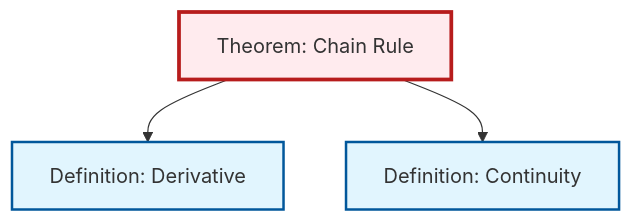
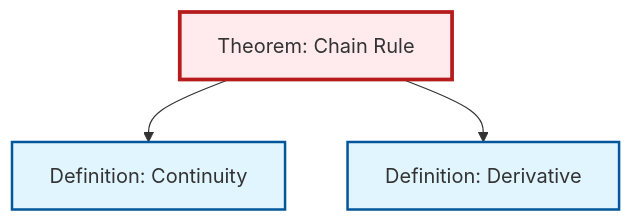
One commit to RK0429/ModernMath changed the second of 2 diagrams in content/en/analysis/thm-chain-rule.qmd. Above: the diagram before and after it, drawn with Mermaid. The commit also changed other lines of this file and 554 other files, not shown here.

````diff
--- a/content/en/analysis/thm-chain-rule.qmd
+++ b/content/en/analysis/thm-chain-rule.qmd
@@ -89,17 +89,17 @@
 ```{mermaid}
 %%| fig-cap: "Local dependency graph"
 graph TD
     classDef definition fill:#e1f5fe,stroke:#01579b,stroke-width:2px
     classDef theorem fill:#f3e5f5,stroke:#4a148c,stroke-width:2px
     classDef axiom fill:#fff3e0,stroke:#e65100,stroke-width:2px
     classDef example fill:#e8f5e9,stroke:#1b5e20,stroke-width:2px
     classDef current fill:#ffebee,stroke:#b71c1c,stroke-width:3px
     thm-chain-rule["Theorem: Chain Rule"]:::theorem
+    def-derivative["Definition: Derivative"]:::definition
     def-continuity["Definition: Continuity"]:::definition
-    def-derivative["Definition: Derivative"]:::definition
+    thm-chain-rule --> def-continuity
     thm-chain-rule --> def-derivative
-    thm-chain-rule --> def-continuity
     class thm-chain-rule current
+    click def-derivative "def-derivative.html" "Go to Derivative definition"
     click def-continuity "def-continuity.html" "Go to Continuity definition"
-    click def-derivative "def-derivative.html" "Go to Derivative definition"
 ```
````
